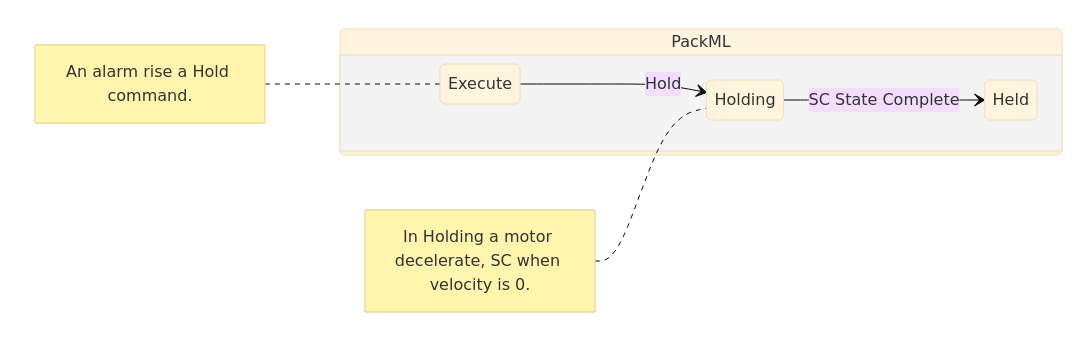
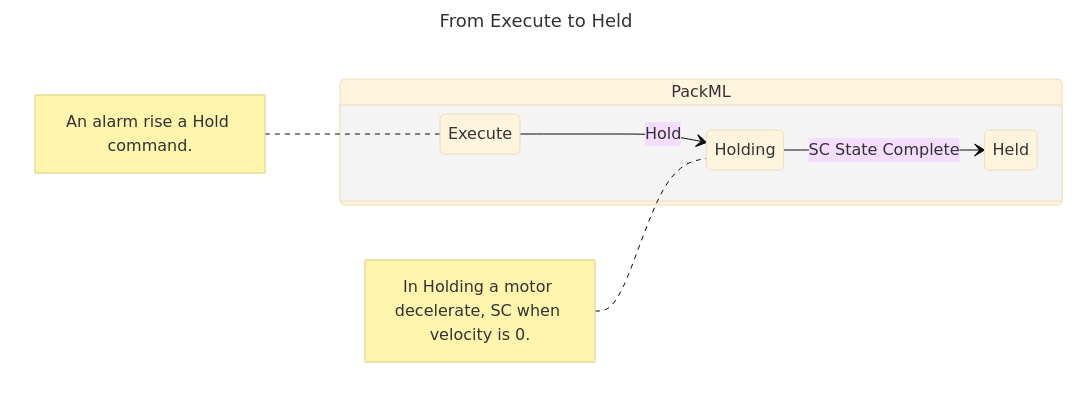
Before and after one commit to hei-synd-autb/autb-docs: the third of 5 diagrams in AutB_MOD_08_Introduction_To_Pack/README.md, drawn with Mermaid (base theme). The commit also changed other lines of this file and 1 other file, not shown here.

````diff
--- a/AutB_MOD_08_Introduction_To_Pack/README.md
+++ b/AutB_MOD_08_Introduction_To_Pack/README.md
@@ -274,12 +293,16 @@
 ```mermaid
+---
+title: From Execute to Held
+---
+
     stateDiagram-v2
         direction LR
         state PackML{
         Execute
         Execute --> Holding : Hold
         note left of Execute : An alarm rise a Hold command.
 
         Holding --> Held : SC State Complete
         note left of Holding : In Holding a motor decelerate, SC when velocity is 0.
         }
 ```
````
